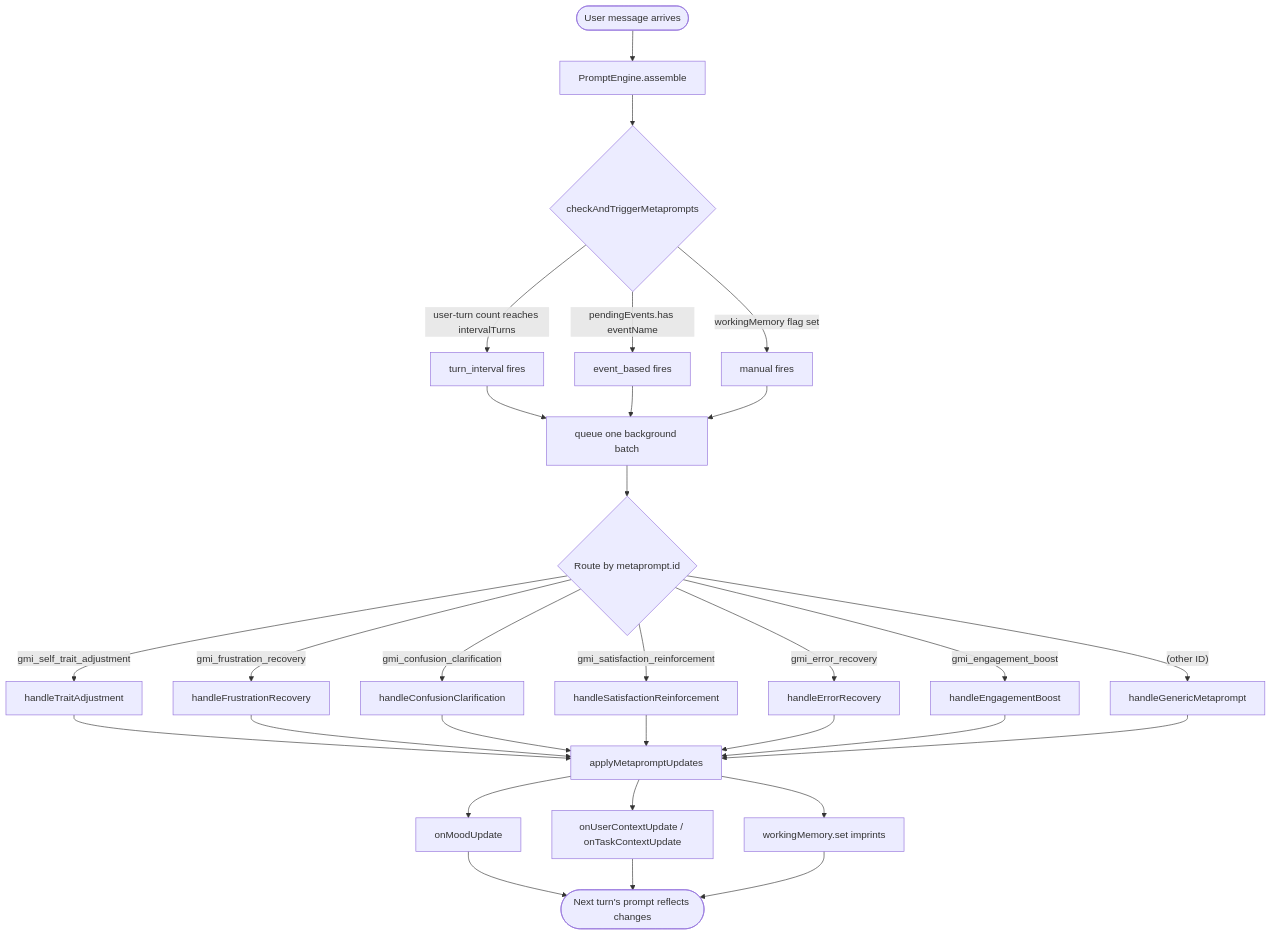
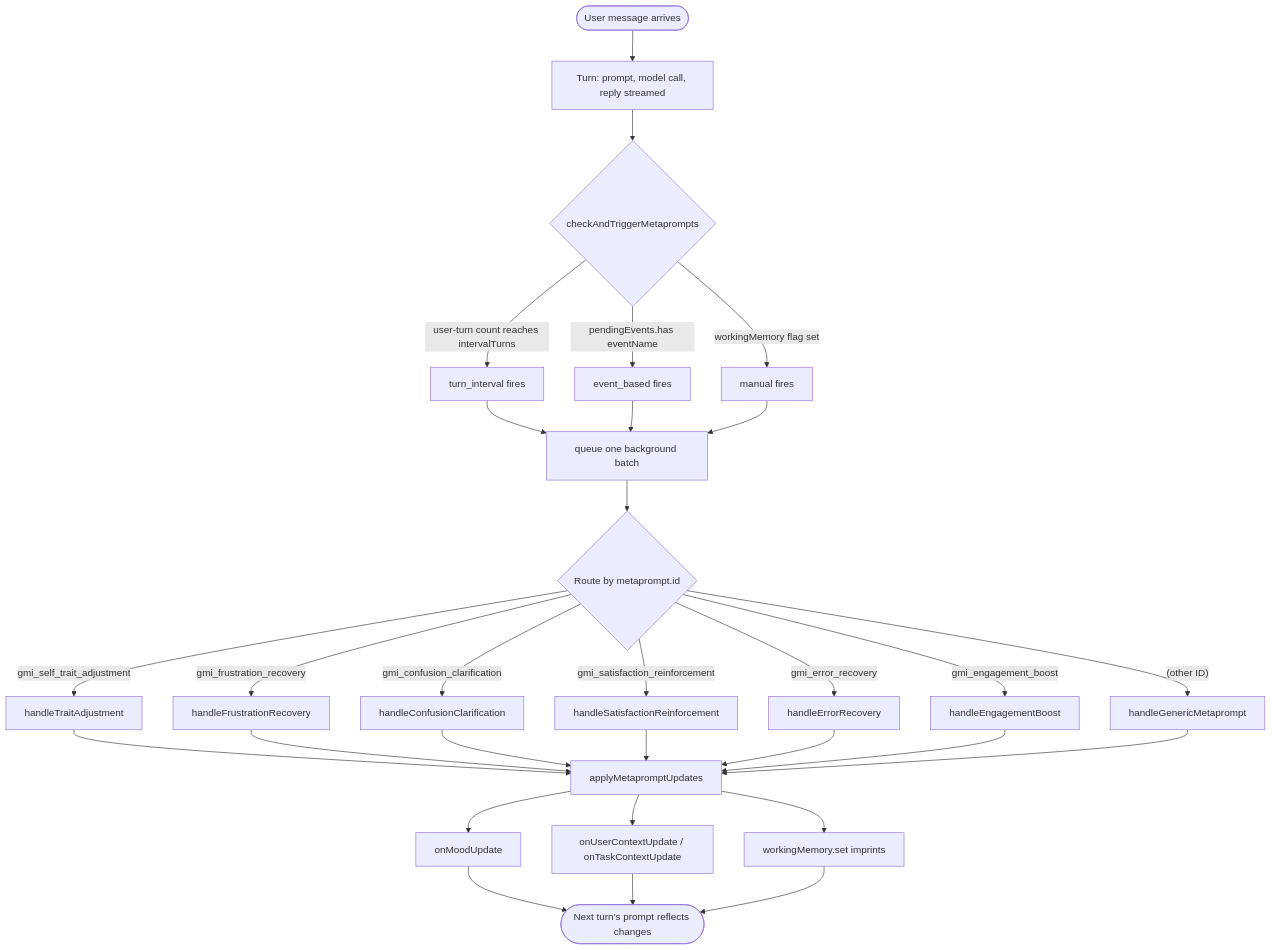
The diagram in docs/ADAPTIVE_PROMPT_INTELLIGENCE.md (framerslab/agentos), drawn with Mermaid before and after one commit. The commit also changed other lines of this file, not shown here.

First line of the commit message:
docs(adaptive): describe sentiment, metaprompts and contextual elements as the GMI runs them

````diff
--- a/docs/ADAPTIVE_PROMPT_INTELLIGENCE.md
+++ b/docs/ADAPTIVE_PROMPT_INTELLIGENCE.md
@@ -130,38 +143,38 @@
 ```mermaid
 flowchart TD
-  start([User message arrives]) --> assemble[PromptEngine.assemble]
-  assemble --> check{checkAndTriggerMetaprompts}
+  start([User message arrives]) --> turn[Turn: prompt, model call, reply streamed]
+  turn --> check{checkAndTriggerMetaprompts}
 
   check -- "user-turn count reaches intervalTurns" --> interval[turn_interval fires]
   check -- pendingEvents.has eventName --> event[event_based fires]
   check -- workingMemory flag set --> manual[manual fires]
 
   interval --> exec[queue one background batch]
   event --> exec
   manual --> exec
 
   exec --> route{Route by metaprompt.id}
   route -- gmi_self_trait_adjustment --> trait[handleTraitAdjustment]
   route -- gmi_frustration_recovery --> frust[handleFrustrationRecovery]
   route -- gmi_confusion_clarification --> conf[handleConfusionClarification]
   route -- gmi_satisfaction_reinforcement --> sat[handleSatisfactionReinforcement]
   route -- gmi_error_recovery --> err[handleErrorRecovery]
   route -- gmi_engagement_boost --> eng[handleEngagementBoost]
   route -- "(other ID)" --> generic[handleGenericMetaprompt]
 
   trait --> apply[applyMetapromptUpdates]
   frust --> apply
   conf --> apply
   sat --> apply
   err --> apply
   eng --> apply
   generic --> apply
 
   apply --> mood[onMoodUpdate]
   apply --> ctx[onUserContextUpdate / onTaskContextUpdate]
   apply --> wmi[workingMemory.set imprints]
 
   mood --> ready([Next turn's prompt reflects changes])
   ctx --> ready
   wmi --> ready
 ```
````
